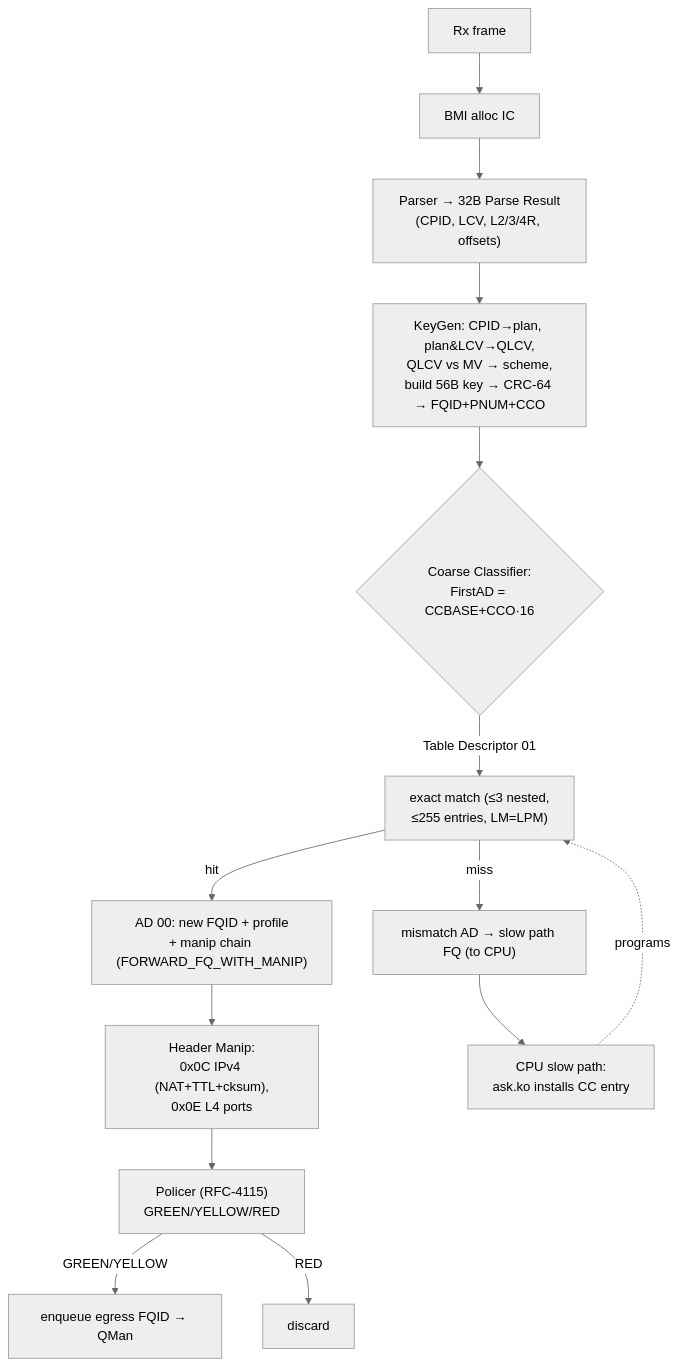
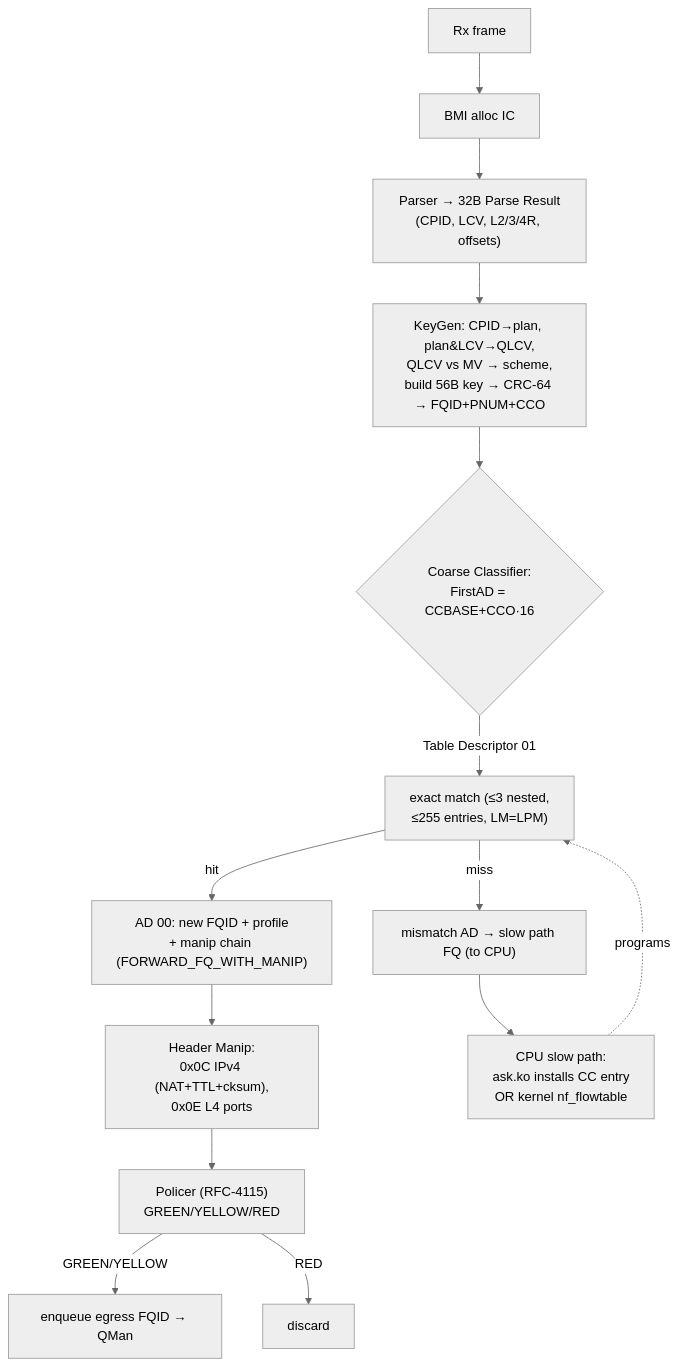
The third of 3 diagrams in arch/fman-pcd.md (Daegara/vyos-ls1046a-build), drawn with Mermaid (neutral theme) before and after one commit. The commit also changed other lines of this file and 19 other files, not shown here.

````diff
--- a/arch/fman-pcd.md
+++ b/arch/fman-pcd.md
@@ -246,16 +305,16 @@
 ```mermaid
 flowchart TD
     RX[Rx frame] --> BMI[BMI alloc IC]
     BMI --> PRS["Parser → 32B Parse Result<br/>(CPID, LCV, L2/3/4R, offsets)"]
     PRS --> KG["KeyGen: CPID→plan, plan&LCV→QLCV,<br/>QLCV vs MV → scheme,<br/>build 56B key → CRC-64 → FQID+PNUM+CCO"]
     KG --> CC{"Coarse Classifier:<br/>FirstAD = CCBASE+CCO·16"}
     CC -->|Table Descriptor 01| LOOKUP["exact match (≤3 nested,<br/>≤255 entries, LM=LPM)"]
     LOOKUP -->|hit| ACT["AD 00: new FQID + profile<br/>+ manip chain (FORWARD_FQ_WITH_MANIP)"]
     LOOKUP -->|miss| MISS["mismatch AD → slow path FQ (to CPU)"]
     ACT --> MANIP["Header Manip:<br/>0x0C IPv4 (NAT+TTL+cksum),<br/>0x0E L4 ports"]
     MANIP --> PLCR["Policer (RFC-4115)<br/>GREEN/YELLOW/RED"]
     PLCR -->|GREEN/YELLOW| ENQ[enqueue egress FQID → QMan]
     PLCR -->|RED| DROP[discard]
-    MISS --> CPU[CPU slow path:<br/>ask.ko installs CC entry]
+    MISS --> CPU["CPU slow path:<br/>ask.ko installs CC entry<br/>OR kernel nf_flowtable"]
     CPU -.programs.-> LOOKUP
 ```
````
